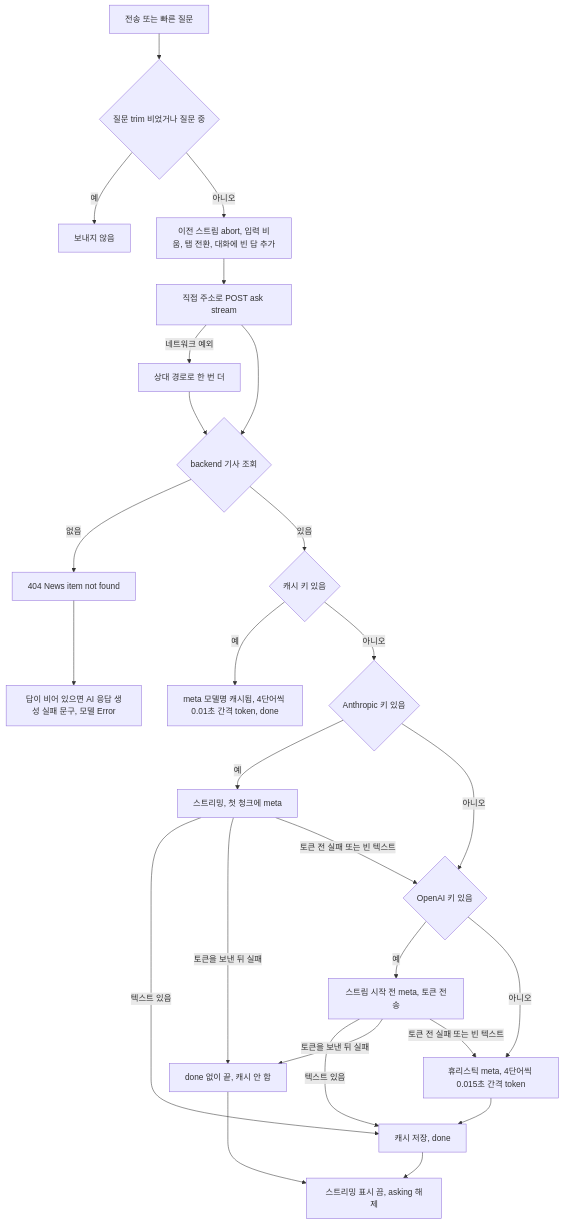
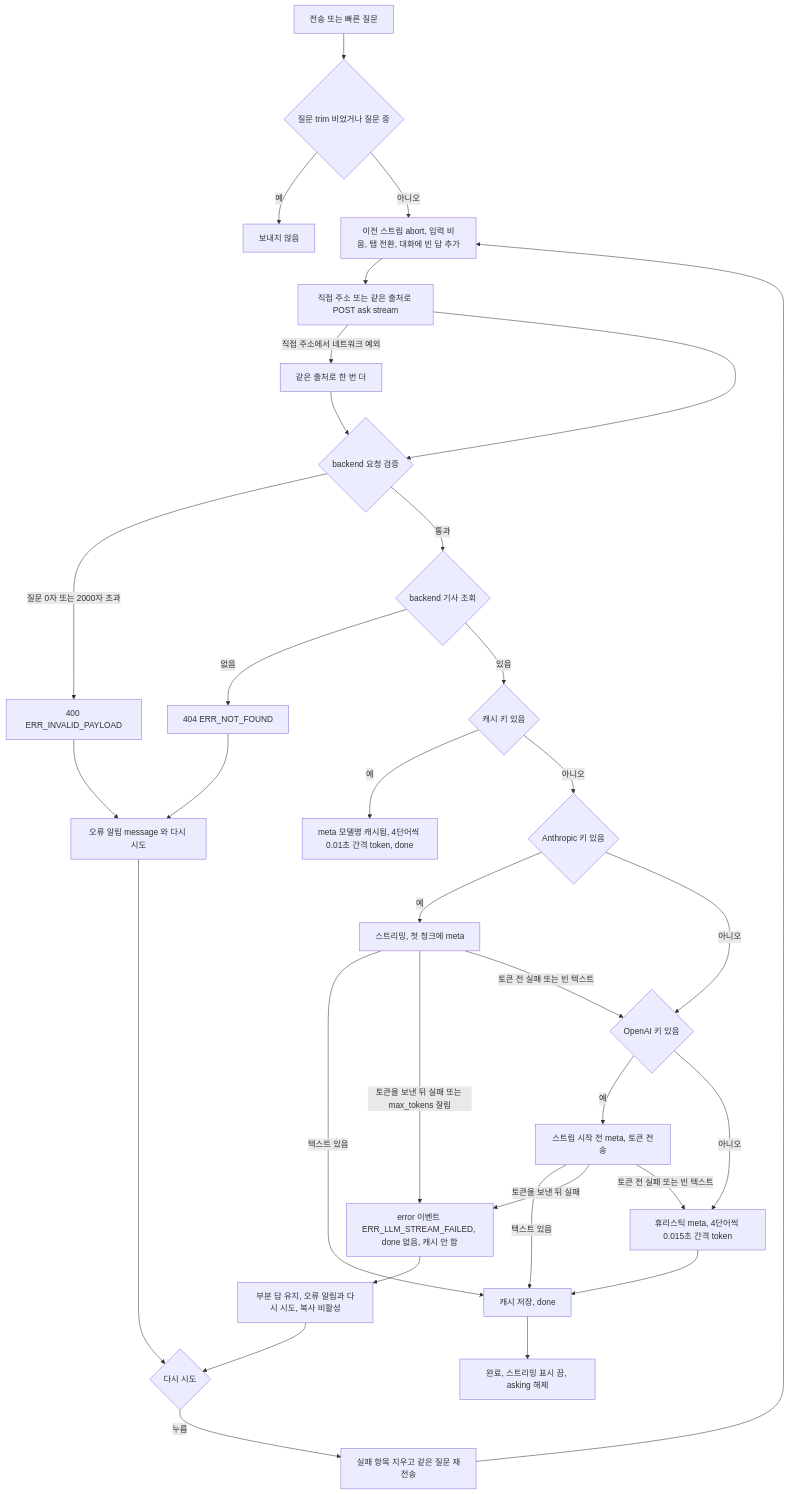
Before and after one commit to ozplayground/agent-lens: the tenth of 19 diagrams in docs/spec-writer/fsd/01_NEWS_FEED_SPECIFICATION.md, drawn with Mermaid. The commit also changed other lines of this file and 216 other files, not shown here.

````diff
--- a/docs/spec-writer/fsd/01_NEWS_FEED_SPECIFICATION.md
+++ b/docs/spec-writer/fsd/01_NEWS_FEED_SPECIFICATION.md
@@ -782,28 +788,35 @@
 ```mermaid
 flowchart TD
     A["전송 또는 빠른 질문"] --> B{"질문 trim 비었거나 질문 중"}
     B -->|예| C["보내지 않음"]
     B -->|아니오| D["이전 스트림 abort, 입력 비움, 탭 전환, 대화에 빈 답 추가"]
-    D --> E["직접 주소로 POST ask stream"]
-    E -->|네트워크 예외| E2["상대 경로로 한 번 더"]
-    E --> F{"backend 기사 조회"}
-    E2 --> F
-    F -->|없음| G["404 News item not found"]
+    D --> E["직접 주소 또는 같은 출처로 POST ask stream"]
+    E -->|직접 주소에서 네트워크 예외| E2["같은 출처로 한 번 더"]
+    E --> V{"backend 요청 검증"}
+    E2 --> V
+    V -->|질문 0자 또는 2000자 초과| V2["400 ERR_INVALID_PAYLOAD"]
+    V -->|통과| F{"backend 기사 조회"}
+    F -->|없음| G["404 ERR_NOT_FOUND"]
     F -->|있음| H{"캐시 키 있음"}
     H -->|예| I["meta 모델명 캐시됨, 4단어씩 0.01초 간격 token, done"]
     H -->|아니오| J{"Anthropic 키 있음"}
     J -->|예| K["스트리밍, 첫 청크에 meta"]
     K -->|텍스트 있음| P["캐시 저장, done"]
-    K -->|토큰을 보낸 뒤 실패| X["done 없이 끝, 캐시 안 함"]
+    K -->|토큰을 보낸 뒤 실패 또는 max_tokens 잘림| X["error 이벤트 ERR_LLM_STREAM_FAILED, done 없음, 캐시 안 함"]
     K -->|토큰 전 실패 또는 빈 텍스트| L{"OpenAI 키 있음"}
     J -->|아니오| L
     L -->|예| M["스트림 시작 전 meta, 토큰 전송"]
     M -->|텍스트 있음| P
     M -->|토큰을 보낸 뒤 실패| X
     M -->|토큰 전 실패 또는 빈 텍스트| N["휴리스틱 meta, 4단어씩 0.015초 간격 token"]
     L -->|아니오| N
     N --> P
-    G --> Q["답이 비어 있으면 AI 응답 생성 실패 문구, 모델 Error"]
-    P --> R["스트리밍 표시 끔, asking 해제"]
-    X --> R
+    V2 --> Q["오류 알림 message 와 다시 시도"]
+    G --> Q
+    P --> R["완료, 스트리밍 표시 끔, asking 해제"]
+    X --> S["부분 답 유지, 오류 알림과 다시 시도, 복사 비활성"]
+    Q --> T{"다시 시도"}
+    S --> T
+    T -->|누름| U["실패 항목 지우고 같은 질문 재전송"]
+    U --> D
 ```
````
